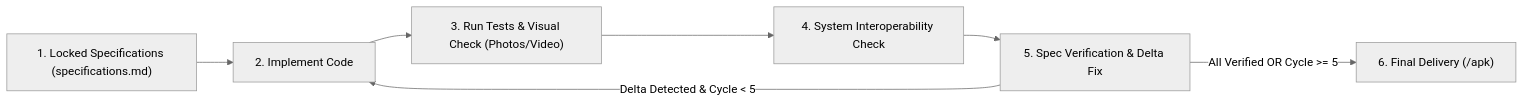
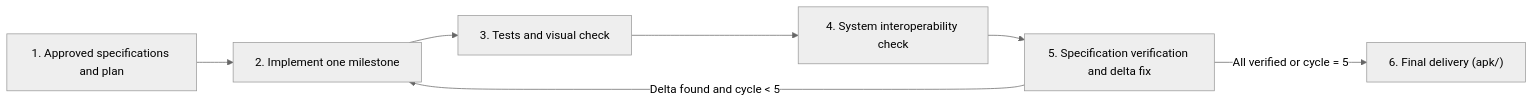
Before and after one commit to leonardo-mais/Spark: the diagram in .agents/rules/iterative-development-loop.md, drawn with Mermaid (neutral theme). The commit also changed other lines of this file and 66 other files, not shown here.

````diff
--- a/.agents/rules/iterative-development-loop.md
+++ b/.agents/rules/iterative-development-loop.md
@@ -14,9 +11,9 @@
 ```mermaid
 flowchart LR
-    Spec["1. Locked Specifications (specifications.md)"] --> Code["2. Implement Code"]
-    Code --> Test["3. Run Tests & Visual Check (Photos/Video)"]
-    Test --> SystemCheck["4. System Interoperability Check"]
-    SystemCheck --> Verify["5. Spec Verification & Delta Fix"]
-    Verify -->|Delta Detected & Cycle < 5| Code
-    Verify -->|All Verified OR Cycle >= 5| Complete["6. Final Delivery (/apk)"]
+    Spec["1. Approved specifications and plan"] --> Code["2. Implement one milestone"]
+    Code --> Test["3. Tests and visual check"]
+    Test --> SystemCheck["4. System interoperability check"]
+    SystemCheck --> Verify["5. Specification verification and delta fix"]
+    Verify -->|Delta found and cycle < 5| Code
+    Verify -->|All verified or cycle = 5| Complete["6. Final delivery (apk/)"]
 ```
````
